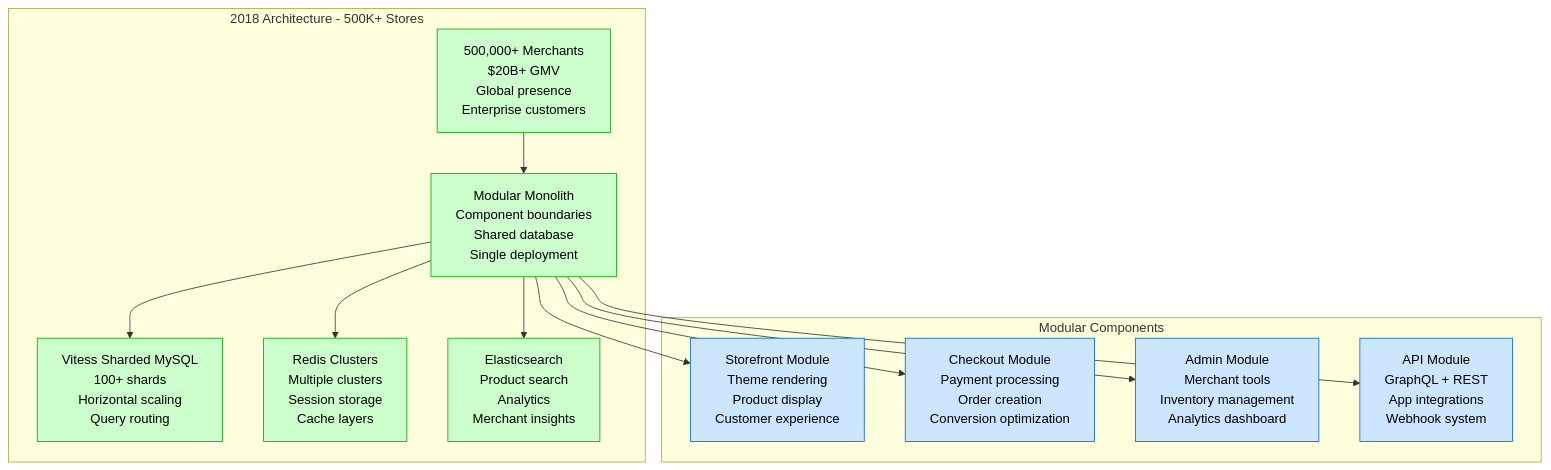
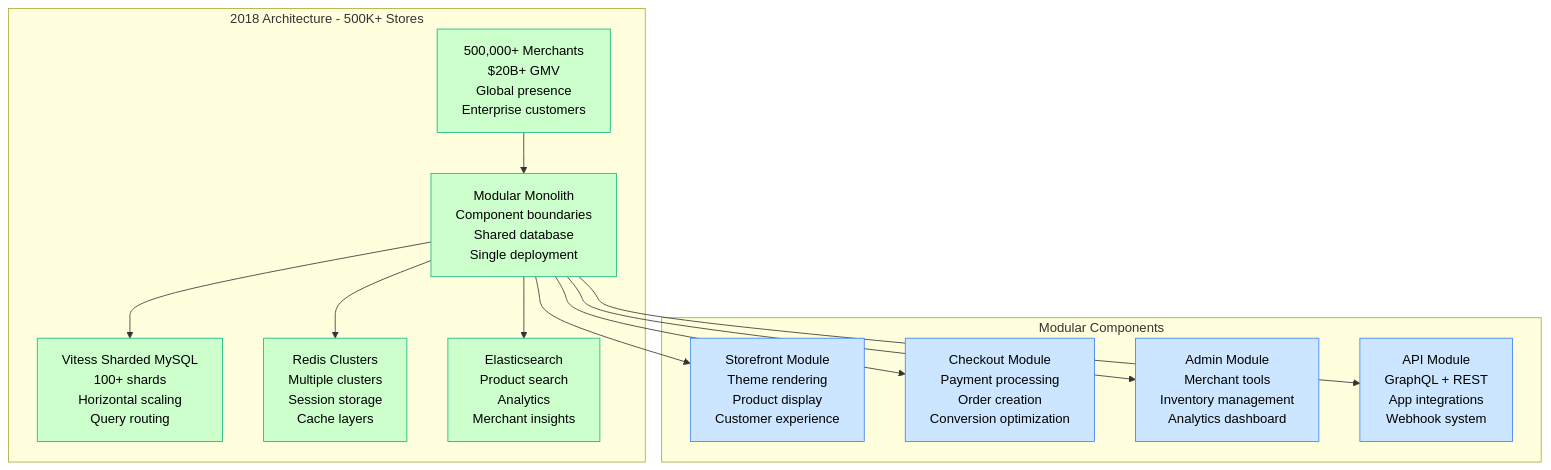
Before and after one commit to deepaucksharma/DS: the fifth of 10 diagrams in site/docs/systems/shopify/scale-evolution.md, drawn with Mermaid. The commit also changed other lines of this file and 303 other files, not shown here.

````diff
--- a/site/docs/systems/shopify/scale-evolution.md
+++ b/site/docs/systems/shopify/scale-evolution.md
@@ -186,41 +186,41 @@
 ```mermaid
 graph TB
     subgraph "2018 Architecture - 500K+ Stores"
         MERCHANTS_2018[500,000+ Merchants<br/>$20B+ GMV<br/>Global presence<br/>Enterprise customers]
 
         MODULAR_MONOLITH[Modular Monolith<br/>Component boundaries<br/>Shared database<br/>Single deployment]
 
         VITESS_CLUSTER[Vitess Sharded MySQL<br/>100+ shards<br/>Horizontal scaling<br/>Query routing]
 
         REDIS_CLUSTERS[Redis Clusters<br/>Multiple clusters<br/>Session storage<br/>Cache layers]
 
         ELASTICSEARCH[Elasticsearch<br/>Product search<br/>Analytics<br/>Merchant insights]
 
         MERCHANTS_2018 --> MODULAR_MONOLITH
         MODULAR_MONOLITH --> VITESS_CLUSTER
         MODULAR_MONOLITH --> REDIS_CLUSTERS
         MODULAR_MONOLITH --> ELASTICSEARCH
     end
 
     subgraph "Modular Components"
         STOREFRONT_MODULE[Storefront Module<br/>Theme rendering<br/>Product display<br/>Customer experience]
 
         CHECKOUT_MODULE[Checkout Module<br/>Payment processing<br/>Order creation<br/>Conversion optimization]
 
         ADMIN_MODULE[Admin Module<br/>Merchant tools<br/>Inventory management<br/>Analytics dashboard]
 
         API_MODULE[API Module<br/>GraphQL + REST<br/>App integrations<br/>Webhook system]
     end
 
     MODULAR_MONOLITH --> STOREFRONT_MODULE
     MODULAR_MONOLITH --> CHECKOUT_MODULE
     MODULAR_MONOLITH --> ADMIN_MODULE
     MODULAR_MONOLITH --> API_MODULE
 
     %% Apply modular colors
-    classDef modularStyle fill:#CCFFCC,stroke:#00AA00,color:#000
-    classDef componentStyle fill:#CCE6FF,stroke:#0066CC,color:#000
+    classDef modularStyle fill:#CCFFCC,stroke:#10B981,color:#000
+    classDef componentStyle fill:#CCE6FF,stroke:#3B82F6,color:#000
 
     class MERCHANTS_2018,MODULAR_MONOLITH,VITESS_CLUSTER,REDIS_CLUSTERS,ELASTICSEARCH modularStyle
     class STOREFRONT_MODULE,CHECKOUT_MODULE,ADMIN_MODULE,API_MODULE componentStyle
 ```
````
